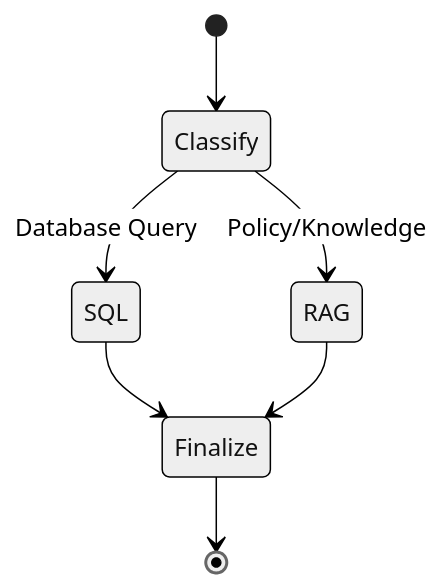
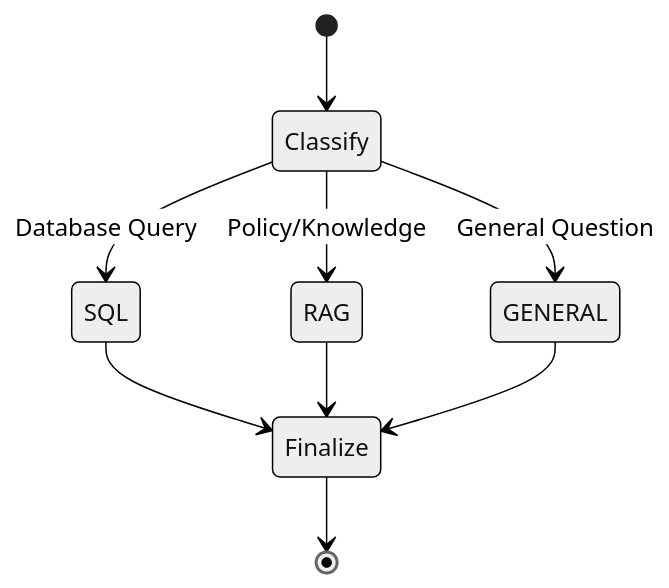
One commit to sandinosaso/advanced-ai-agent changed the third of 14 diagrams in docs/ARCHITECTURE.md. Above: the diagram before and after it, drawn with Mermaid (neutral theme). The commit also changed other lines of this file and 4 other files, not shown here.

Commit message:
General questions flow enabled and working

````diff
--- a/docs/ARCHITECTURE.md
+++ b/docs/ARCHITECTURE.md
@@ -107,9 +113,11 @@
 ```mermaid
 stateDiagram-v2
     [*] --> Classify
     Classify --> SQL: Database Query
     Classify --> RAG: Policy/Knowledge
+    Classify --> GENERAL: General Question
     SQL --> Finalize
     RAG --> Finalize
+    GENERAL --> Finalize
     Finalize --> [*]
 ```
````
